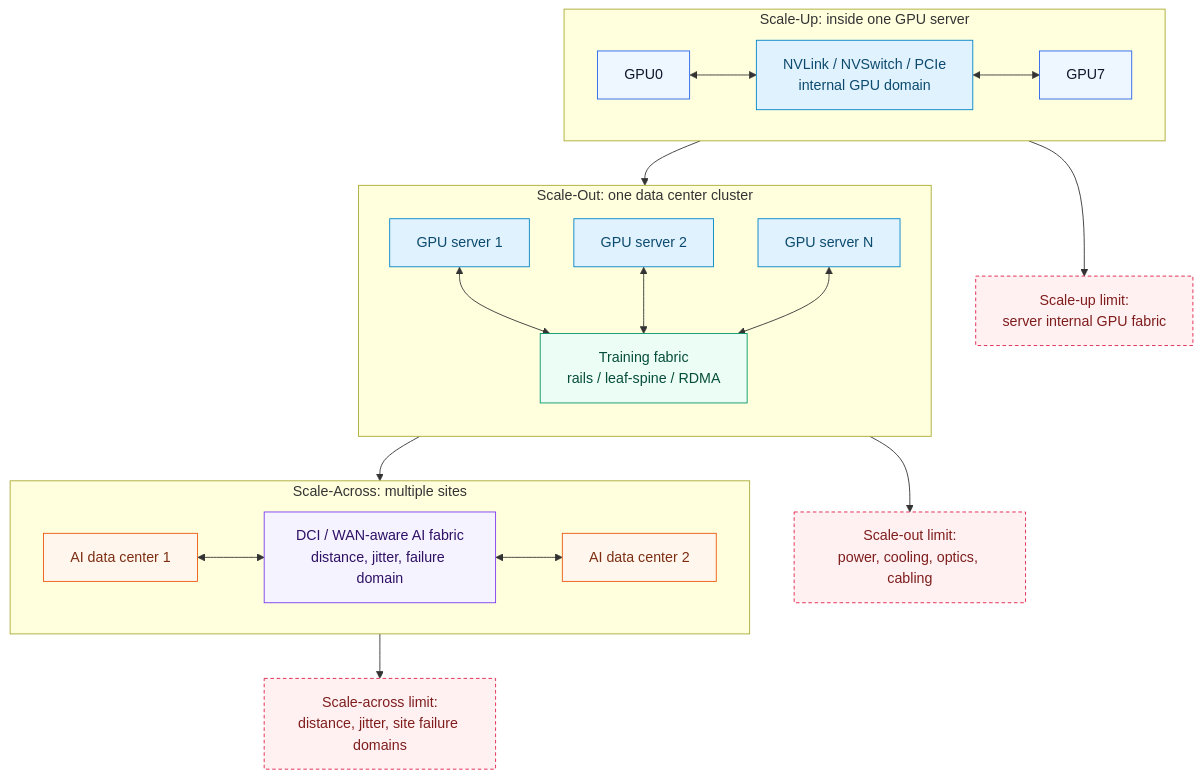
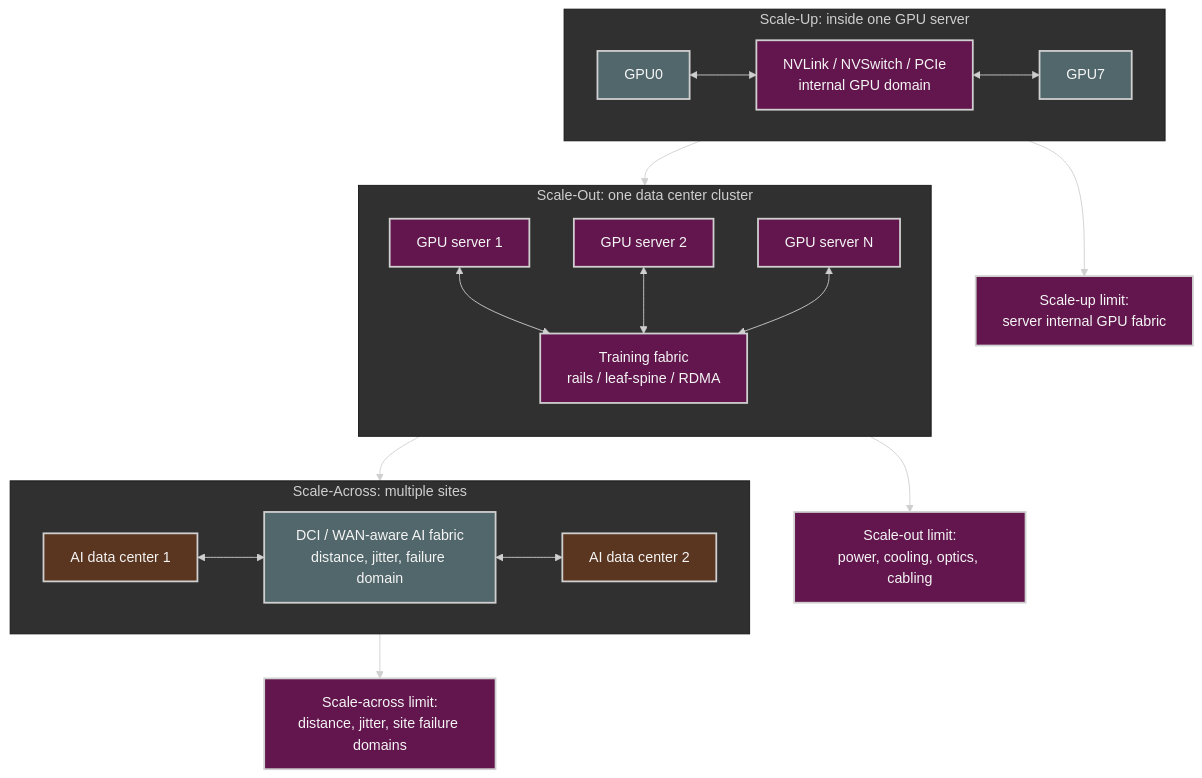
One commit to ziwon/ai-data-center-network changed diagram 16 of 17 in ai-data-center-network/chap03/README.md. Above: the diagram before and after it, drawn with Mermaid. The commit also changed other lines of this file and 35 other files, not shown here.

Commit message:
docs(mermaid): apply dark diagram style

````diff
--- a/ai-data-center-network/chap03/README.md
+++ b/ai-data-center-network/chap03/README.md
@@ -1335,48 +1350,49 @@
 ```mermaid
+%%{init: {"theme": "base", "themeVariables": {"background": "#171717", "primaryColor": "#232323", "primaryTextColor": "#f5f5f5", "primaryBorderColor": "#d0d0d0", "lineColor": "#cfcfcf", "fontFamily": "Inter, Arial, sans-serif"}}}%%
 flowchart TB
-    classDef gpu fill:#eef6ff,stroke:#2563eb,color:#0f172a
-    classDef server fill:#e0f2fe,stroke:#0284c7,color:#0c4a6e
-    classDef fabric fill:#ecfdf5,stroke:#059669,color:#064e3b
-    classDef site fill:#fff7ed,stroke:#ea580c,color:#7c2d12
-    classDef wan fill:#f5f3ff,stroke:#7c3aed,color:#2e1065
-    classDef limit fill:#fff1f2,stroke:#e11d48,stroke-dasharray:4 3,color:#7f1d1d
+    classDef gpu fill:#52676b,stroke:#d0d0d0,color:#f5f5f5,stroke-width:2px;
+    classDef server fill:#62164d,stroke:#d0d0d0,color:#f5f5f5,stroke-width:2px;
+    classDef fabric fill:#62164d,stroke:#d0d0d0,color:#f5f5f5,stroke-width:2px;
+    classDef site fill:#5a3520,stroke:#d0d0d0,color:#f5f5f5,stroke-width:2px;
+    classDef wan fill:#52676b,stroke:#d0d0d0,color:#f5f5f5,stroke-width:2px;
+    classDef limit fill:#62164d,stroke:#d0d0d0,color:#f5f5f5,stroke-width:2px;
 
     subgraph SA["Scale-Across: multiple sites"]
         direction LR
         DC1["AI data center 1"]:::site
         DCI["DCI / WAN-aware AI fabric<br/>distance, jitter, failure domain"]:::wan
         DC2["AI data center 2"]:::site
         DC1 <--> DCI
         DCI <--> DC2
     end
 
     subgraph SO["Scale-Out: one data center cluster"]
         direction TB
         FAB["Training fabric<br/>rails / leaf-spine / RDMA"]:::fabric
         S1["GPU server 1"]:::server
         S2["GPU server 2"]:::server
         S3["GPU server N"]:::server
         S1 <--> FAB
         S2 <--> FAB
         S3 <--> FAB
     end
 
     subgraph SU["Scale-Up: inside one GPU server"]
         direction LR
         G0["GPU0"]:::gpu
         NV["NVLink / NVSwitch / PCIe<br/>internal GPU domain"]:::server
         G7["GPU7"]:::gpu
         G0 <--> NV
         NV <--> G7
     end
 
     L1["Scale-up limit:<br/>server internal GPU fabric"]:::limit
     L2["Scale-out limit:<br/>power, cooling, optics, cabling"]:::limit
     L3["Scale-across limit:<br/>distance, jitter, site failure domains"]:::limit
 
     SU --> L1
     SU --> SO
     SO --> L2
     SO --> SA
     SA --> L3
 ```
````
